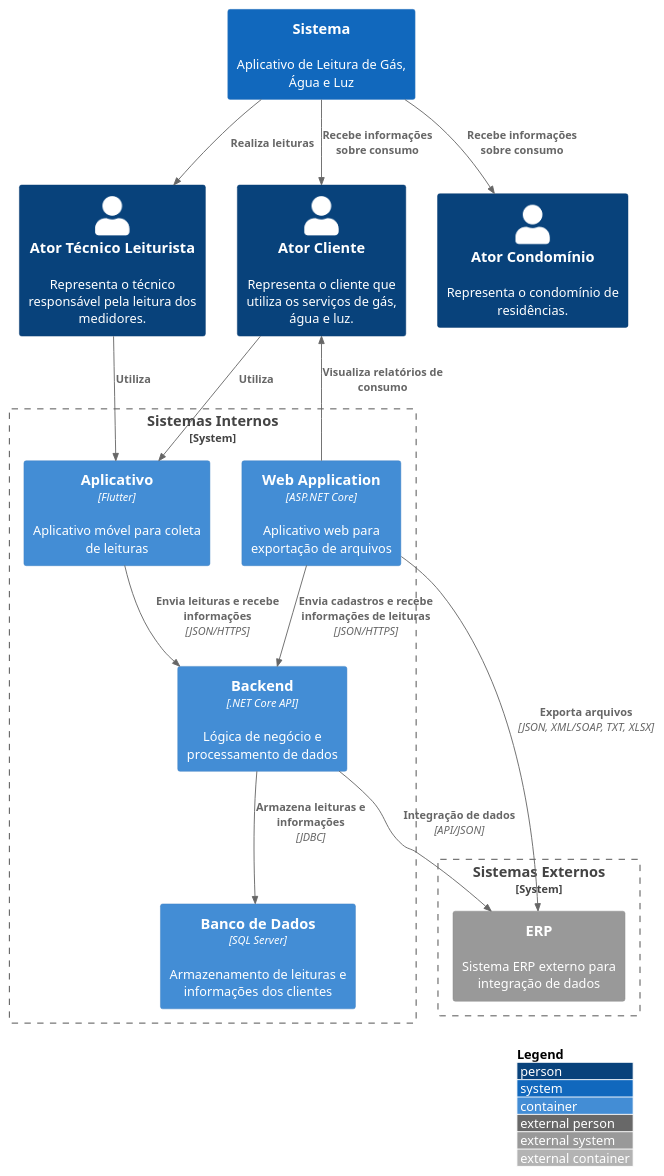
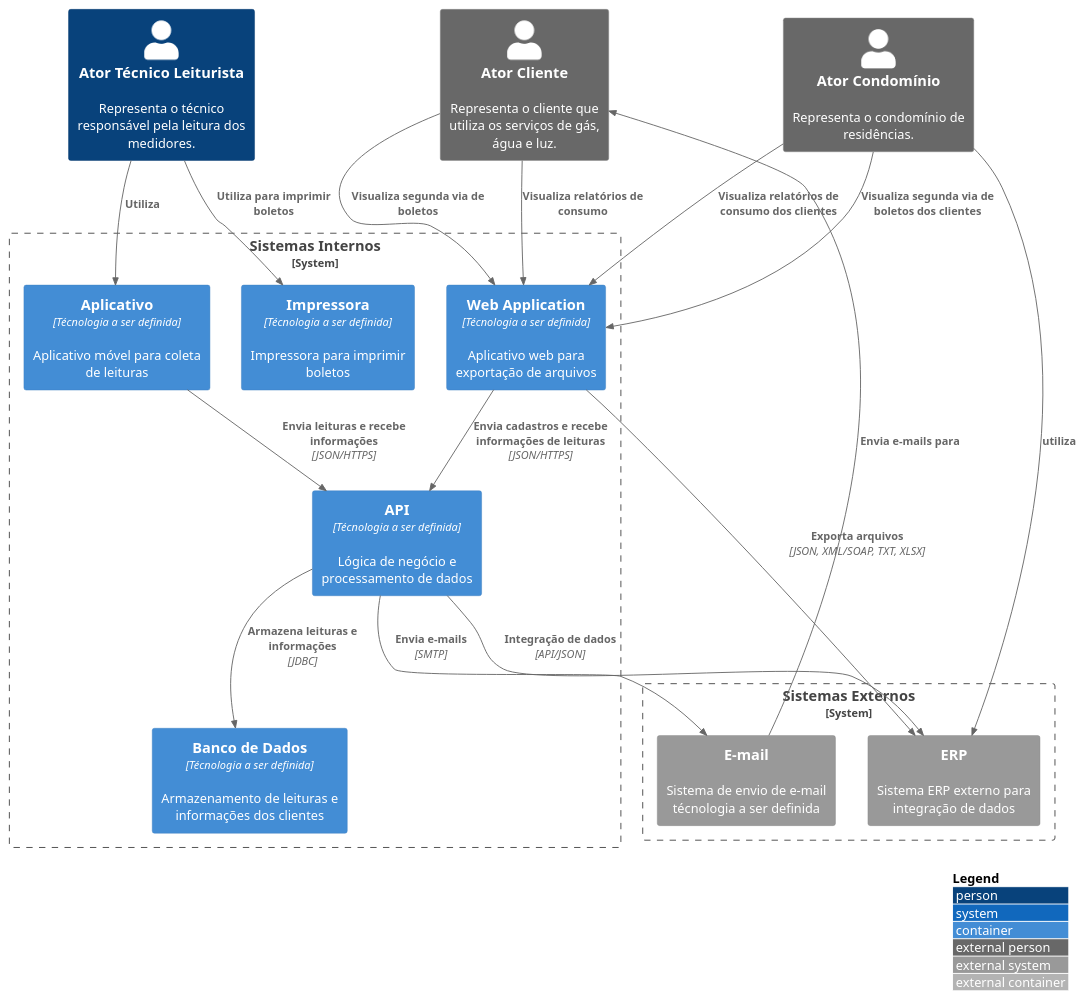
Before and after one commit to rafaellima-coder/arquitetura: the diagram in src/Aplicativo de leitura/Container/container.puml, drawn with PlantUML. The commit also changed 56 other files, not shown here.

Commit message:
Ajuste dos texto para demonstar o diagramas de contexto

```diff
--- a/src/Aplicativo de leitura/Container/container.puml
+++ b/src/Aplicativo de leitura/Container/container.puml
@@ -1,36 +1,40 @@
 @startuml
 !include https://raw.githubusercontent.com/adrianvlupu/C4-PlantUML/latest/C4_Container.puml
 
 LAYOUT_WITH_LEGEND()
 
-System(Sistema, "Sistema", "Aplicativo de Leitura de Gás, Água e Luz")
-
 Person(Ator_Tecnico_Leiturista, "Ator Técnico Leiturista", "Representa o técnico responsável pela leitura dos medidores.")
-Person(Ator_Cliente, "Ator Cliente", "Representa o cliente que utiliza os serviços de gás, água e luz.")
-Person(Ator_Condominio, "Ator Condomínio", "Representa o condomínio de residências.")
-
+Person_Ext(Ator_Cliente, "Ator Cliente", "Representa o cliente que utiliza os serviços de gás, água e luz.")
+Person_Ext(Ator_Condominio, "Ator Condomínio", "Representa o condomínio de residências.")
 
 System_Boundary(SI, "Sistemas Internos"){
-    Container(App, "Aplicativo","Flutter", "Aplicativo móvel para coleta de leituras")
-    Container(Backend, "Backend",".NET Core API" ,"Lógica de negócio e processamento de dados")
-    Container(BancoDados, "Banco de Dados","SQL Server", "Armazenamento de leituras e informações dos clientes")
-    Container(WebApp, "Web Application", "ASP.NET Core","Aplicativo web para exportação de arquivos")
+Container(App, "Aplicativo","Técnologia a ser definida", "Aplicativo móvel para coleta de leituras")
+Container(API, "API","Técnologia a ser definida" ,"Lógica de negócio e processamento de dados")
+Container(BancoDados, "Banco de Dados","Técnologia a ser definida", "Armazenamento de leituras e informações dos clientes")
+Container(WebApp, "Web Application", "Técnologia a ser definida","Aplicativo web para exportação de arquivos")
+Container(Impressora, "Impressora", "Técnologia a ser definida", "Impressora para imprimir boletos")
+
+ 
 }
 
 System_Boundary(SE, "Sistemas Externos"){
-    System_Ext(ERP, "ERP", "Sistema ERP externo para integração de dados")
+System_Ext(ERP, "ERP", "Sistema ERP externo para integração de dados")
+System_Ext(EMAIL, "E-mail", "Sistema de envio de e-mail técnologia a ser definida")
+
 }
 
-Rel(Sistema, Ator_Tecnico_Leiturista, "Realiza leituras")
-Rel(Sistema, Ator_Cliente, "Recebe informações sobre consumo")
-Rel(Sistema, Ator_Condominio, "Recebe informações sobre consumo")
-
 Rel(Ator_Tecnico_Leiturista, App, "Utiliza")
-Rel(Ator_Cliente, App, "Utiliza")
-Rel(App, Backend, "Envia leituras e recebe informações", "JSON/HTTPS")
-Rel(Backend, BancoDados, "Armazena leituras e informações", "JDBC")
-Rel(WebApp, Ator_Cliente, "Visualiza relatórios de consumo")
+Rel(Ator_Cliente,WebApp,  "Visualiza segunda via de boletos")
+Rel(Ator_Cliente,WebApp,  "Visualiza relatórios de consumo")
+Rel(Ator_Condominio,ERP, "utiliza")
+Rel(Ator_Condominio,WebApp,  "Visualiza relatórios de consumo dos clientes")
+Rel(Ator_Condominio,WebApp,  "Visualiza segunda via de boletos dos clientes")
+Rel(Ator_Tecnico_Leiturista, Impressora, "Utiliza para imprimir boletos")
+Rel(App, API, "Envia leituras e recebe informações", "JSON/HTTPS")
+Rel(API, BancoDados, "Armazena leituras e informações", "JDBC")
 Rel(WebApp, ERP, "Exporta arquivos", "JSON, XML/SOAP, TXT, XLSX")
-Rel(WebApp, Backend, "Envia cadastros e recebe informações de leituras", "JSON/HTTPS")
-Rel(Backend, ERP, "Integração de dados", "API/JSON")
+Rel(WebApp, API, "Envia cadastros e recebe informações de leituras", "JSON/HTTPS")
+Rel(API, ERP, "Integração de dados", "API/JSON")
+Rel(EMAIL,Ator_Cliente, "Envia e-mails para")
+Rel(API, EMAIL, "Envia e-mails", "SMTP")
 @enduml
```
